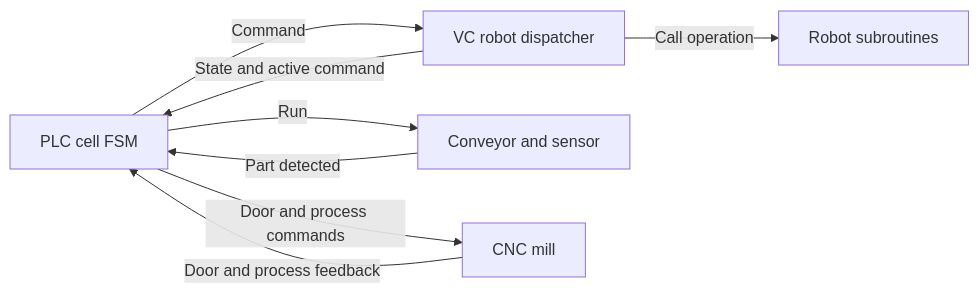
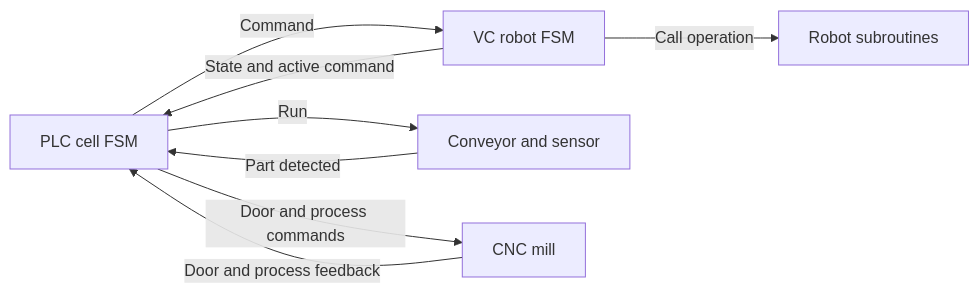
Before and after one commit to frdedynamics/Industrial-Robotics-and-PLCs: the diagram in pages/robot_cell.qmd, drawn with Mermaid. The commit also changed other lines of this file and 4 other files, not shown here.

````diff
--- a/pages/robot_cell.qmd
+++ b/pages/robot_cell.qmd
@@ -474,16 +477,16 @@
 ```{mermaid}
 flowchart LR
     PLC[PLC cell FSM]
-    ROBOT[VC robot dispatcher]
+    ROBOT[VC robot FSM]
     CONVEYOR[Conveyor and sensor]
     CNC[CNC mill]
     ROUTINES[Robot subroutines]
 
     PLC -->|Command| ROBOT
     ROBOT -->|State and active command| PLC
     PLC -->|Run| CONVEYOR
     CONVEYOR -->|Part detected| PLC
     PLC -->|Door and process commands| CNC
     CNC -->|Door and process feedback| PLC
     ROBOT -->|Call operation| ROUTINES
 ```
````
